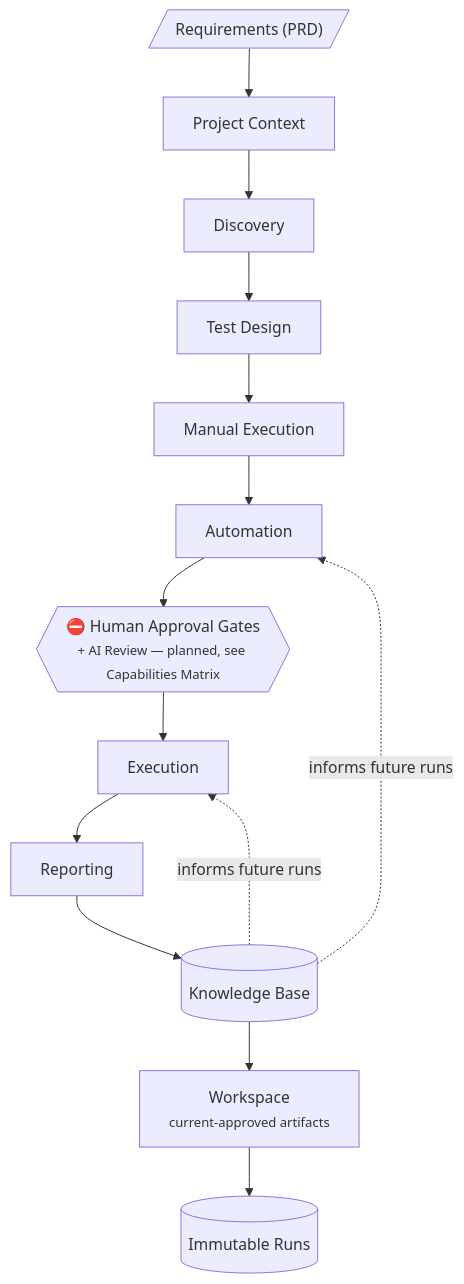
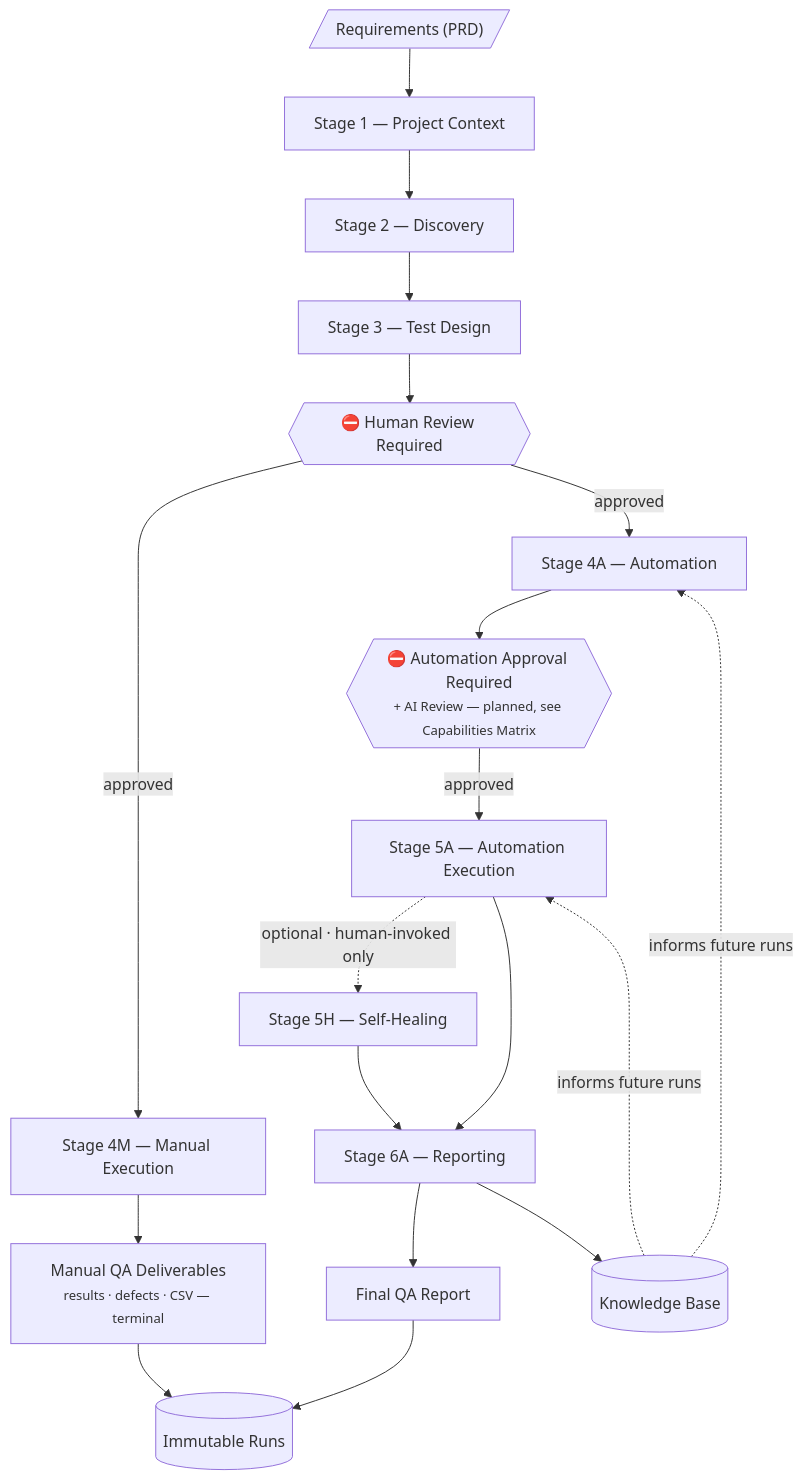
The first of 10 diagrams in README.md (HusseinAtaHussein1/AISeatMap), drawn with Mermaid before and after one commit. The commit also changed other lines of this file and 30 other files, not shown here.

First line of the commit message:
docs(platform): align architecture specs on the two-pipeline model, and specify the new capabilities

````diff
--- a/README.md
+++ b/README.md
@@ -177,17 +179,26 @@
 ```mermaid
 flowchart TD
-    REQ[/"Requirements (PRD)"/] --> CTX["Project Context"]
-    CTX --> DISC["Discovery"]
-    DISC --> TD["Test Design"]
-    TD --> MANEX["Manual Execution"]
-    MANEX --> AUTO["Automation"]
-    AUTO --> GATE{{"⛔ Human Approval Gates<br/><small>+ AI Review — planned, see Capabilities Matrix</small>"}}
-    GATE --> EXEC["Execution"]
-    EXEC --> REPORT["Reporting"]
+    REQ[/"Requirements (PRD)"/] --> CTX["Stage 1 — Project Context"]
+    CTX --> DISC["Stage 2 — Discovery"]
+    DISC --> TD["Stage 3 — Test Design"]
+    TD --> G3{{"⛔ Human Review Required"}}
+
+    G3 -->|approved| MANEX["Stage 4M — Manual Execution"]
+    G3 -->|approved| AUTO["Stage 4A — Automation"]
+
+    MANEX --> MOUT["Manual QA Deliverables<br/><small>results · defects · CSV — terminal</small>"]
+
+    AUTO --> GATE{{"⛔ Automation Approval Required<br/><small>+ AI Review — planned, see Capabilities Matrix</small>"}}
+    GATE -->|approved| EXEC["Stage 5A — Automation Execution"]
+    EXEC -. "optional · human-invoked only" .-> HEAL["Stage 5H — Self-Healing"]
+    HEAL --> REPORT
+    EXEC --> REPORT["Stage 6A — Reporting"]
+    REPORT --> FINAL["Final QA Report"]
+
+    MOUT --> RUNS[("Immutable Runs")]
+    FINAL --> RUNS
     REPORT --> KB[("Knowledge Base")]
-    KB --> WORK["Workspace<br/><small>current-approved artifacts</small>"]
-    WORK --> RUNS[("Immutable Runs")]
 
     KB -.informs future runs.-> AUTO
     KB -.informs future runs.-> EXEC
 ```
````
